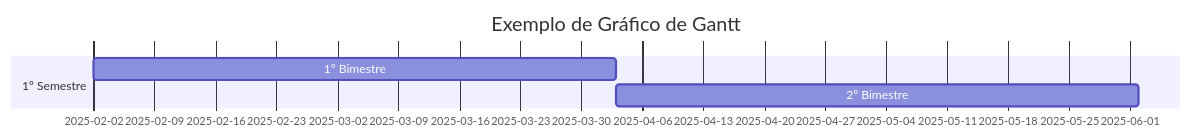
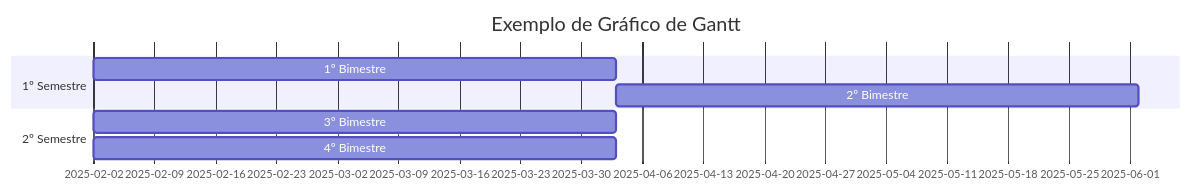
One commit to ramtrigodev/grafico_gant changed the first of 3 diagrams in README.md. Above: the diagram before and after it, drawn with Mermaid.

````diff
--- a/README.md
+++ b/README.md
@@ -2,9 +2,12 @@
 ```mermaid
 gantt
     title Exemplo de Gráfico de Gantt
     dateFormat  DD-MM-YYYY
     section 1º Semestre
     1º Bimestre :a1, 2025-02-02, 60d
     2º Bimestre  :a2, after a1, 60d
+    section  2º Semestre
+   3º Bimestre :a3, 2025-02-02,60d
+   4º Bimestre :a4, 2025-02-02,60d
   
 ```
````
